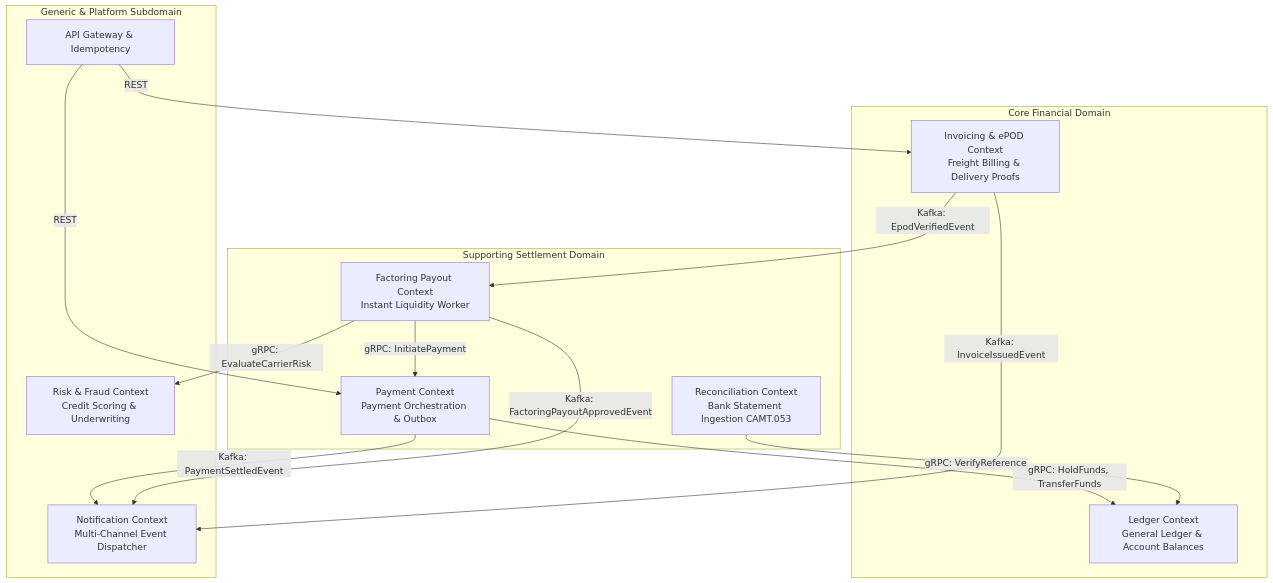
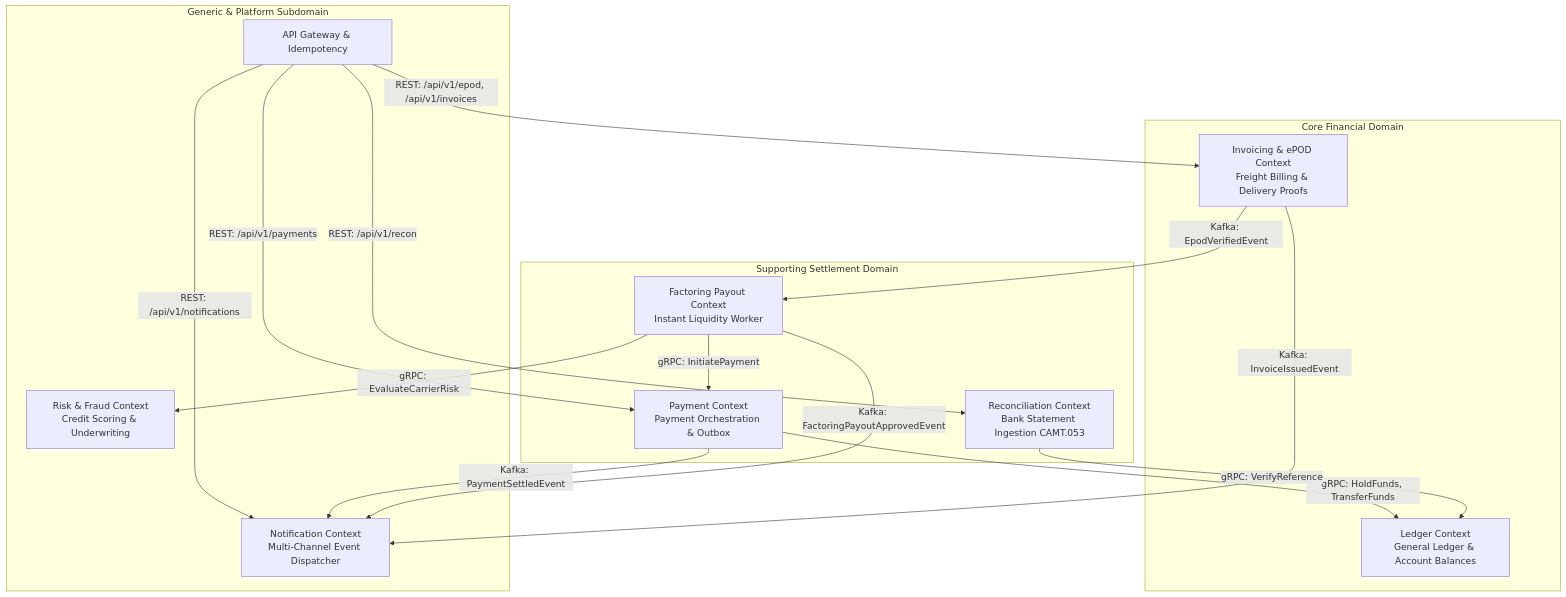
The diagram in docs/architecture/high-level-architecture.md (netologist/smartpay-system), drawn with Mermaid before and after one commit. The commit also changed other lines of this file and 4 other files, not shown here.

````diff
--- a/docs/architecture/high-level-architecture.md
+++ b/docs/architecture/high-level-architecture.md
@@ -18,30 +18,32 @@
 ```mermaid
 graph TD
     subgraph CoreDomain[Core Financial Domain]
         LedgerBC[Ledger Context<br/>General Ledger & Account Balances]
         InvoiceBC[Invoicing & ePOD Context<br/>Freight Billing & Delivery Proofs]
     end
 
     subgraph SupportingDomain[Supporting Settlement Domain]
         PaymentBC[Payment Context<br/>Payment Orchestration & Outbox]
         PayoutBC[Factoring Payout Context<br/>Instant Liquidity Worker]
         ReconBC[Reconciliation Context<br/>Bank Statement Ingestion CAMT.053]
     end
 
     subgraph GenericDomain[Generic & Platform Subdomain]
         GatewayBC[API Gateway & Idempotency]
         RiskBC[Risk & Fraud Context<br/>Credit Scoring & Underwriting]
         NotificationBC[Notification Context<br/>Multi-Channel Event Dispatcher]
     end
 
     InvoiceBC -->|Kafka: EpodVerifiedEvent| PayoutBC
     PayoutBC -->|gRPC: EvaluateCarrierRisk| RiskBC
     PayoutBC -->|gRPC: InitiatePayment| PaymentBC
     PaymentBC -->|gRPC: HoldFunds, TransferFunds| LedgerBC
     ReconBC -->|gRPC: VerifyReference| LedgerBC
-    GatewayBC -->|REST| InvoiceBC
-    GatewayBC -->|REST| PaymentBC
+    GatewayBC -->|REST: /api/v1/epod, /api/v1/invoices| InvoiceBC
+    GatewayBC -->|REST: /api/v1/payments| PaymentBC
+    GatewayBC -->|REST: /api/v1/notifications| NotificationBC
+    GatewayBC -->|REST: /api/v1/recon| ReconBC
     InvoiceBC -->|Kafka: InvoiceIssuedEvent| NotificationBC
     PaymentBC -->|Kafka: PaymentSettledEvent| NotificationBC
     PayoutBC -->|Kafka: FactoringPayoutApprovedEvent| NotificationBC
 ```
````
